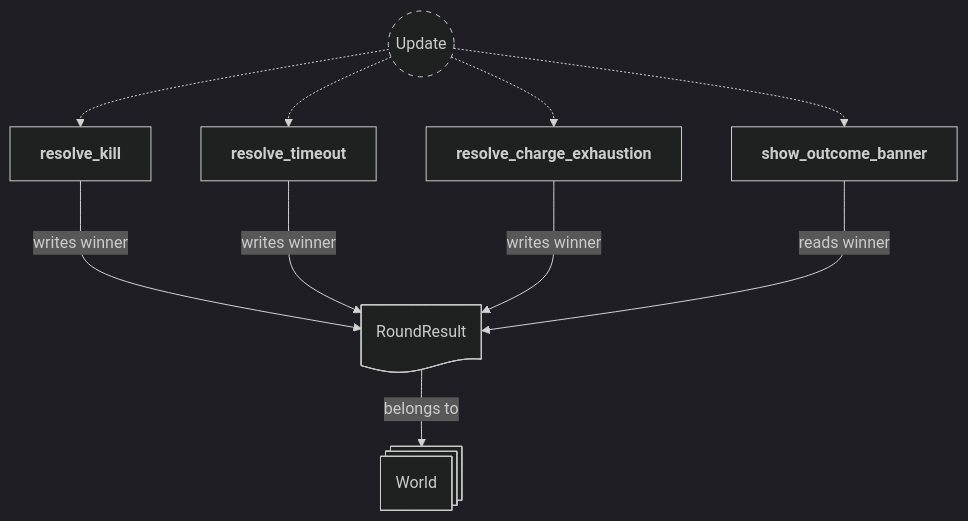
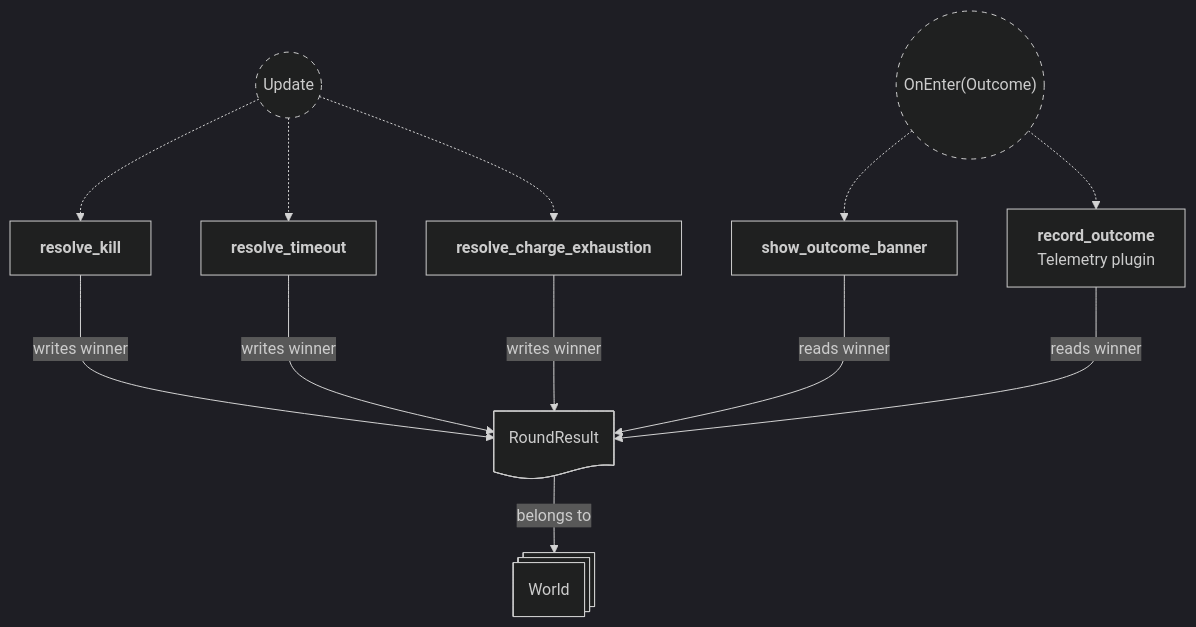
Before and after one commit to neurosoup/tyled: the seventh of 11 diagrams in backlog/docs/doc-15 - 013-Round-plugin.md, drawn with Mermaid. The commit also changed other lines of this file and 1 other file, not shown here.

Commit message:
Docs: update doc-15 round plugin to code; merge in-flight query in resolve_charge_exhaustion

````diff
--- a/backlog/docs/doc-15 - 013-Round-plugin.md
+++ b/backlog/docs/doc-15 - 013-Round-plugin.md
@@ -277,29 +301,34 @@
 ```mermaid
 ---
 config:
   theme: dark
 ---
 
 flowchart TD
 classDef system-group stroke-dasharray: 5 5
 
 update(("`Update`")):::system-group
 resolve_kill["`**resolve_kill**`"]
 resolve_timeout["`**resolve_timeout**`"]
 resolve_charge_exhaustion["`**resolve_charge_exhaustion**`"]
+enter_outcome(("`OnEnter(Outcome)`")):::system-group
 show_outcome_banner["`**show_outcome_banner**`"]
+record_outcome["`**record_outcome**
+Telemetry plugin`"]
 
 update -.-> resolve_kill
 update -.-> resolve_timeout
 update -.-> resolve_charge_exhaustion
-update -.-> show_outcome_banner
+enter_outcome -.-> show_outcome_banner
+enter_outcome -.-> record_outcome
 
 world@{ shape: st-rect, label: "World" }
 round_result_res@{ shape: doc, label: "RoundResult" }
 
 round_result_res --> |belongs to| world
 resolve_kill ---> |writes winner| round_result_res
 resolve_timeout ---> |writes winner| round_result_res
 resolve_charge_exhaustion ---> |writes winner| round_result_res
 show_outcome_banner ---> |reads winner| round_result_res
+record_outcome ---> |reads winner| round_result_res
 ```
````
